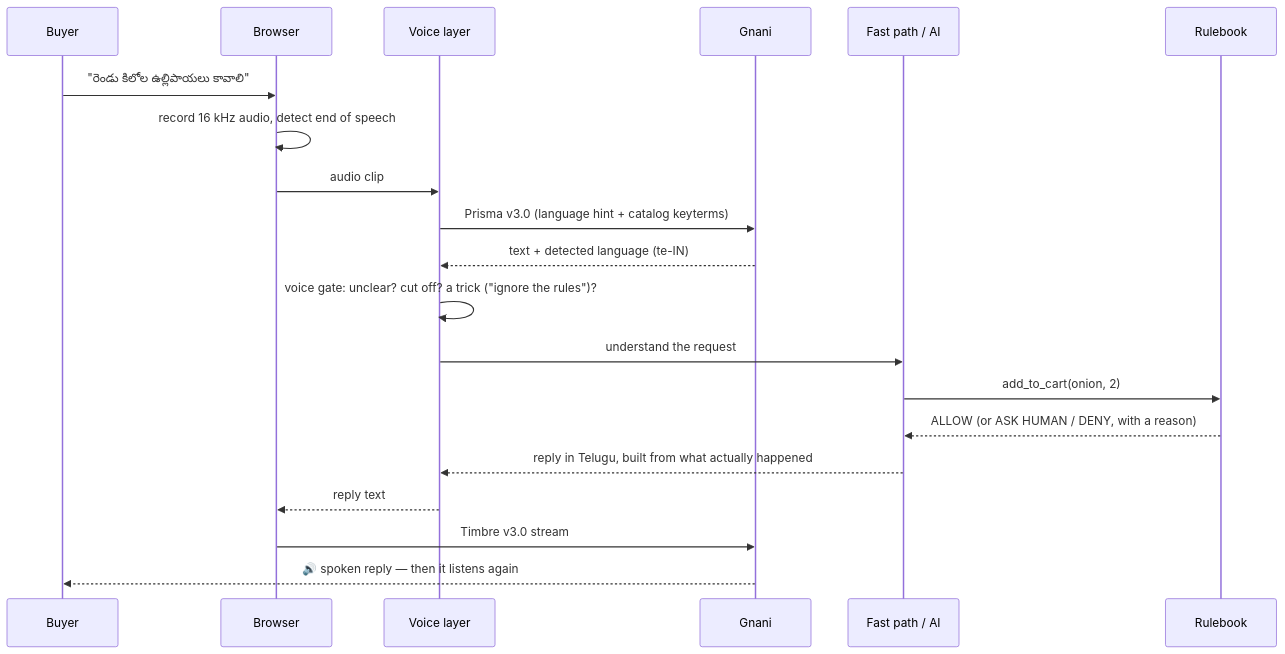
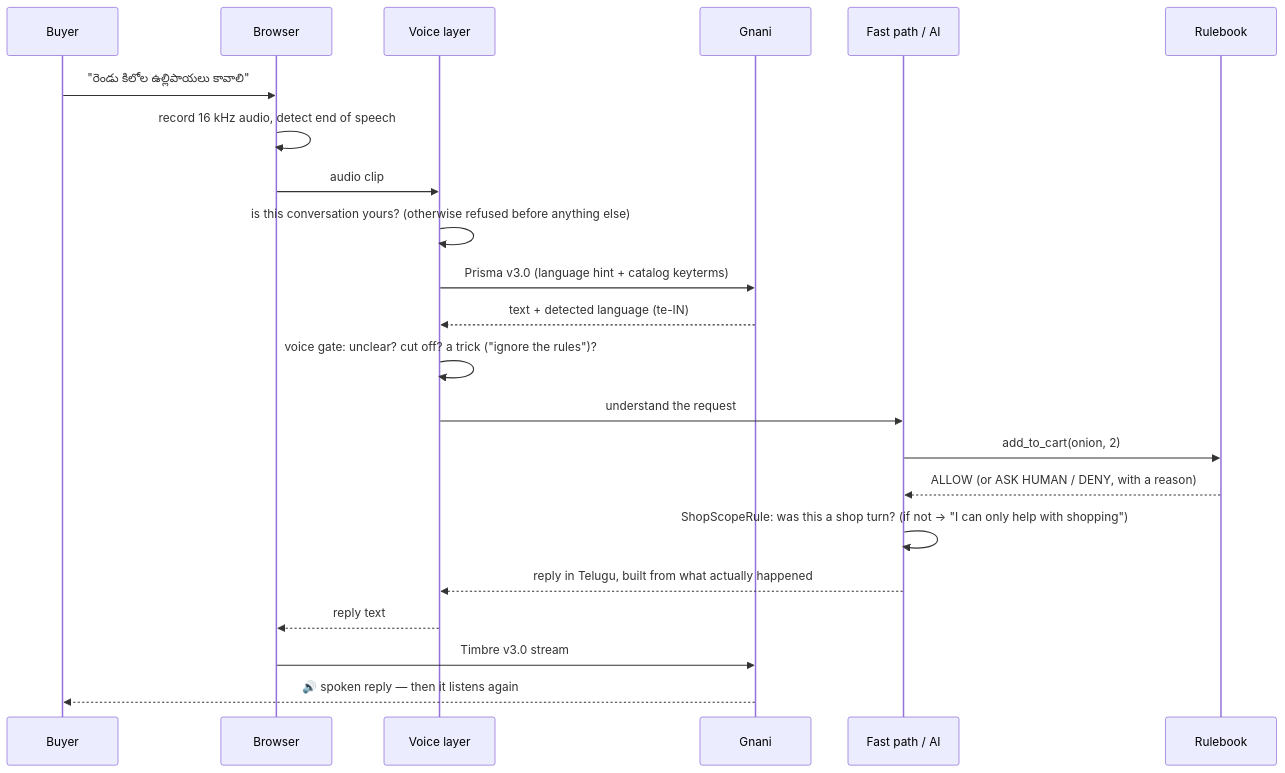
Before and after one commit to borrarevanth4-droid/gnani-shop: the second of 2 diagrams in README.md, drawn with Mermaid. The commit also changed other lines of this file, not shown here.

Commit message:
README: Google sign-in, per-user privacy, ShopScopeRule, who-can-see-what

````diff
--- a/README.md
+++ b/README.md
@@ -116,23 +131,25 @@
 ```mermaid
 sequenceDiagram
     participant B as Buyer
     participant F as Browser
     participant V as Voice layer
     participant G as Gnani
     participant X as Fast path / AI
     participant R as Rulebook
 
     B->>F: "రెండు కిలోల ఉల్లిపాయలు కావాలి"
     F->>F: record 16 kHz audio, detect end of speech
     F->>V: audio clip
+    V->>V: is this conversation yours? (otherwise refused before anything else)
     V->>G: Prisma v3.0 (language hint + catalog keyterms)
     G-->>V: text + detected language (te-IN)
     V->>V: voice gate: unclear? cut off? a trick ("ignore the rules")?
     V->>X: understand the request
     X->>R: add_to_cart(onion, 2)
     R-->>X: ALLOW (or ASK HUMAN / DENY, with a reason)
+    X->>X: ShopScopeRule: was this a shop turn? (if not → "I can only help with shopping")
     X-->>V: reply in Telugu, built from what actually happened
     V-->>F: reply text
     F->>G: Timbre v3.0 stream
     G-->>B: 🔊 spoken reply — then it listens again
 ```
````
